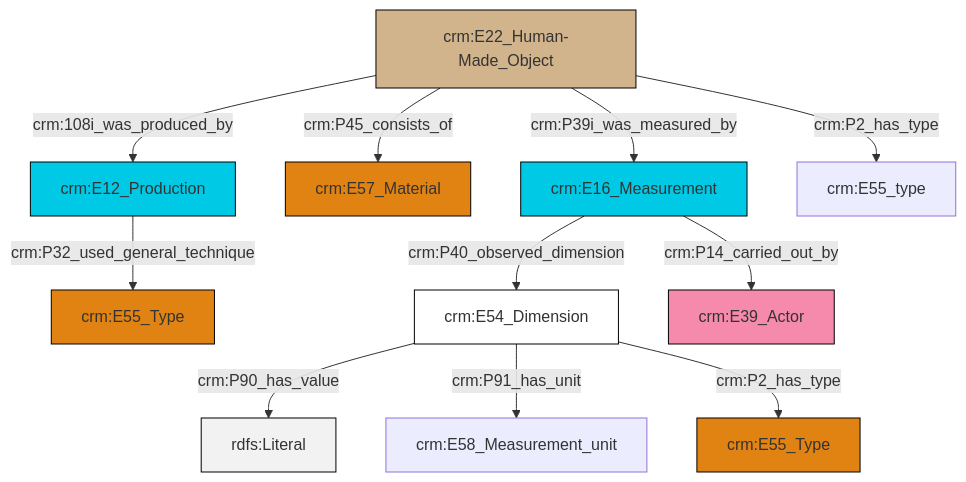
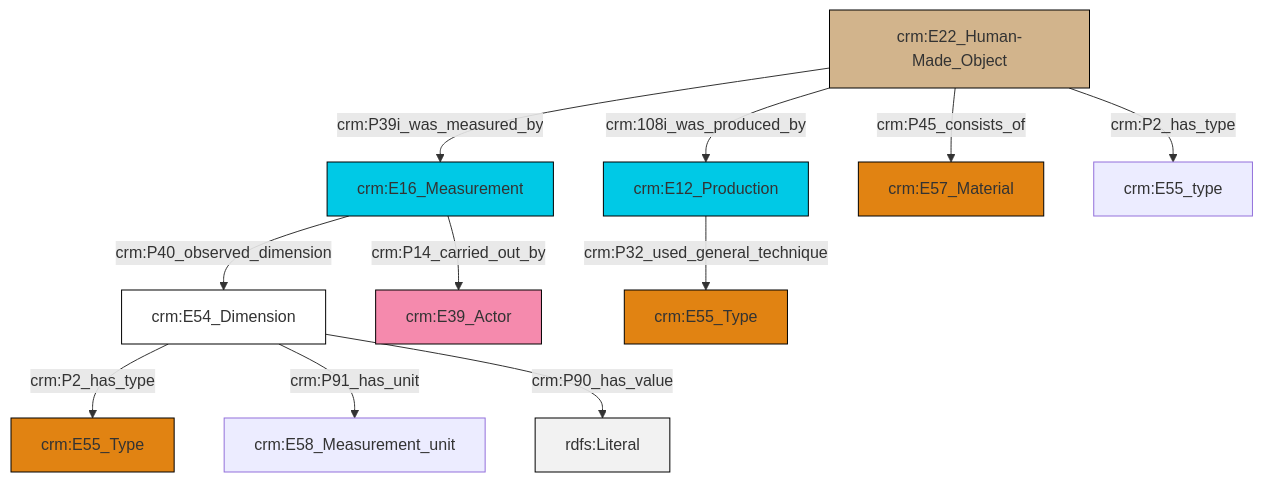
The diagram in et/builtWorkCSV/ttl/mmd/Built_Work_substance.ttl.mmd (swiss-art-research-net/reference-data-models), drawn with Mermaid before and after one commit. The commit also changed 126 other files, not shown here.

```diff
--- a/et/builtWorkCSV/ttl/mmd/Built_Work_substance.ttl.mmd
+++ b/et/builtWorkCSV/ttl/mmd/Built_Work_substance.ttl.mmd
@@ -1,25 +1,25 @@
 graph TD
 classDef Literal fill:#f2f2f2,stroke:#000000;
 classDef CRM_Entity fill:#FFFFFF,stroke:#000000;
 classDef Temporal_Entity fill:#00C9E6, stroke:#000000;
 classDef Type fill:#E18312, stroke:#000000;
 classDef Time-Span fill:#2C9C91, stroke:#000000;
 classDef Appellation fill:#FFEB7F, stroke:#000000;
 classDef Place fill:#008836, stroke:#000000;
 classDef Persistent_Item fill:#B266B2, stroke:#000000;
 classDef Conceptual_Object fill:#FFD700, stroke:#000000;
 classDef Physical_Thing fill:#D2B48C, stroke:#000000;
 classDef Actor fill:#f58aad, stroke:#000000;
 classDef PC_Classes fill:#4ce600, stroke:#000000;
 classDef Multi fill:#cccccc,stroke:#000000;
 
-2["crm:E22_Human-Made_Object"]:::Physical_Thing -->|crm:108i_was_produced_by| 3["crm:E12_Production"]:::Temporal_Entity
-2["crm:E22_Human-Made_Object"]:::Physical_Thing -->|crm:P45_consists_of| 0["crm:E57_Material"]:::Type
-2["crm:E22_Human-Made_Object"]:::Physical_Thing -->|crm:P39i_was_measured_by| 10["crm:E16_Measurement"]:::Temporal_Entity
-10["crm:E16_Measurement"]:::Temporal_Entity -->|crm:P40_observed_dimension| 6["crm:E54_Dimension"]:::CRM_Entity
-2["crm:E22_Human-Made_Object"]:::Physical_Thing -->|crm:P2_has_type| 11["crm:E55_type"]:::Default
-6["crm:E54_Dimension"]:::CRM_Entity -->|crm:P90_has_value| 15[rdfs:Literal]:::Literal
-6["crm:E54_Dimension"]:::CRM_Entity -->|crm:P91_has_unit| 4["crm:E58_Measurement_unit"]:::Default
-6["crm:E54_Dimension"]:::CRM_Entity -->|crm:P2_has_type| 17["crm:E55_Type"]:::Type
-3["crm:E12_Production"]:::Temporal_Entity -->|crm:P32_used_general_technique| 8["crm:E55_Type"]:::Type
-10["crm:E16_Measurement"]:::Temporal_Entity -->|crm:P14_carried_out_by| 18["crm:E39_Actor"]:::Actor
+0["crm:E16_Measurement"]:::Temporal_Entity -->|crm:P40_observed_dimension| 1["crm:E54_Dimension"]:::CRM_Entity
+4["crm:E22_Human-Made_Object"]:::Physical_Thing -->|crm:P39i_was_measured_by| 0["crm:E16_Measurement"]:::Temporal_Entity
+4["crm:E22_Human-Made_Object"]:::Physical_Thing -->|crm:P45_consists_of| 7["crm:E57_Material"]:::Type
+1["crm:E54_Dimension"]:::CRM_Entity -->|crm:P2_has_type| 10["crm:E55_Type"]:::Type
+4["crm:E22_Human-Made_Object"]:::Physical_Thing -->|crm:108i_was_produced_by| 2["crm:E12_Production"]:::Temporal_Entity
+1["crm:E54_Dimension"]:::CRM_Entity -->|crm:P91_has_unit| 13["crm:E58_Measurement_unit"]:::Default
+1["crm:E54_Dimension"]:::CRM_Entity -->|crm:P90_has_value| 14[rdfs:Literal]:::Literal
+4["crm:E22_Human-Made_Object"]:::Physical_Thing -->|crm:P2_has_type| 17["crm:E55_type"]:::Default
+2["crm:E12_Production"]:::Temporal_Entity -->|crm:P32_used_general_technique| 8["crm:E55_Type"]:::Type
+0["crm:E16_Measurement"]:::Temporal_Entity -->|crm:P14_carried_out_by| 5["crm:E39_Actor"]:::Actor
```
